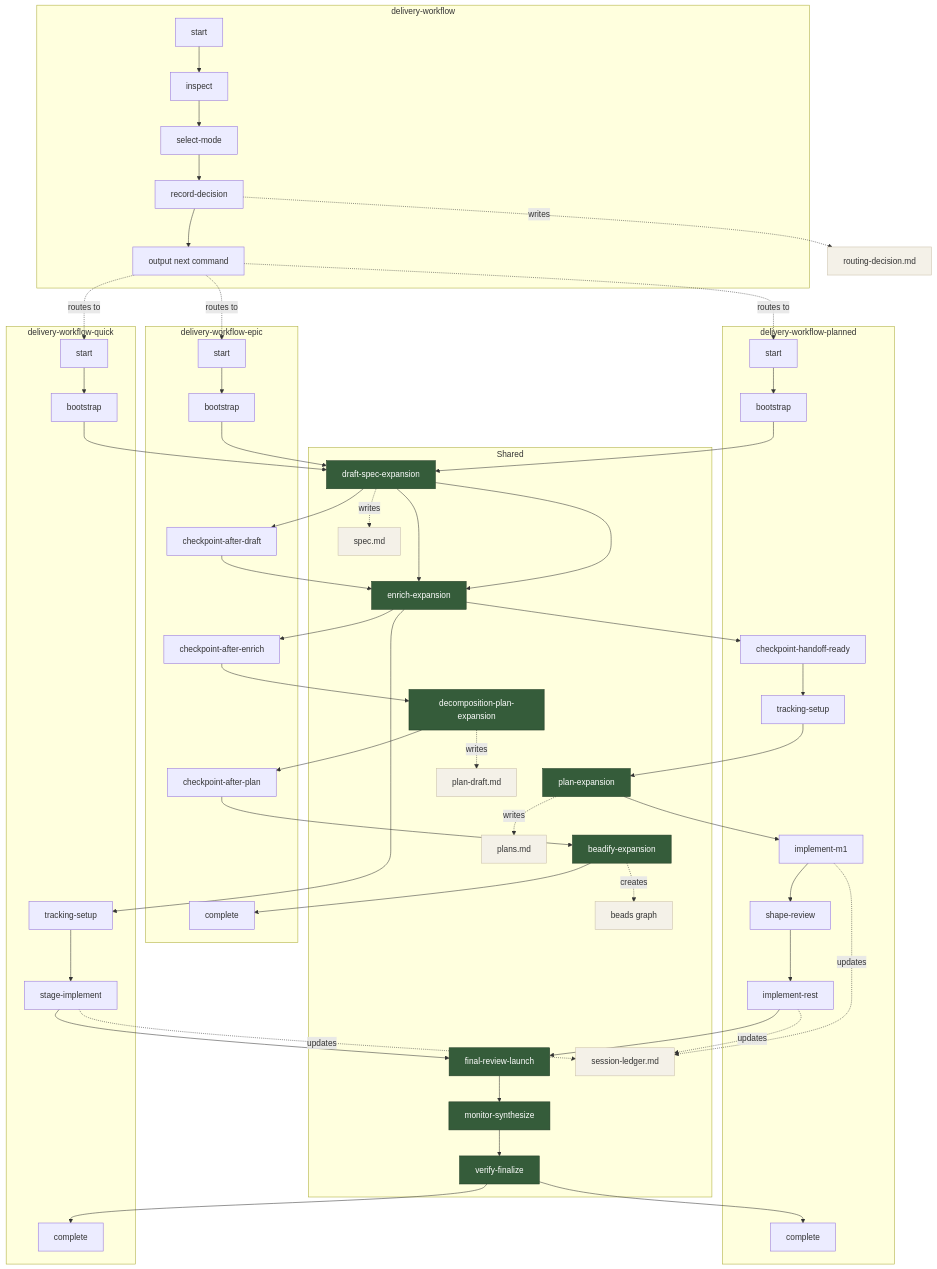
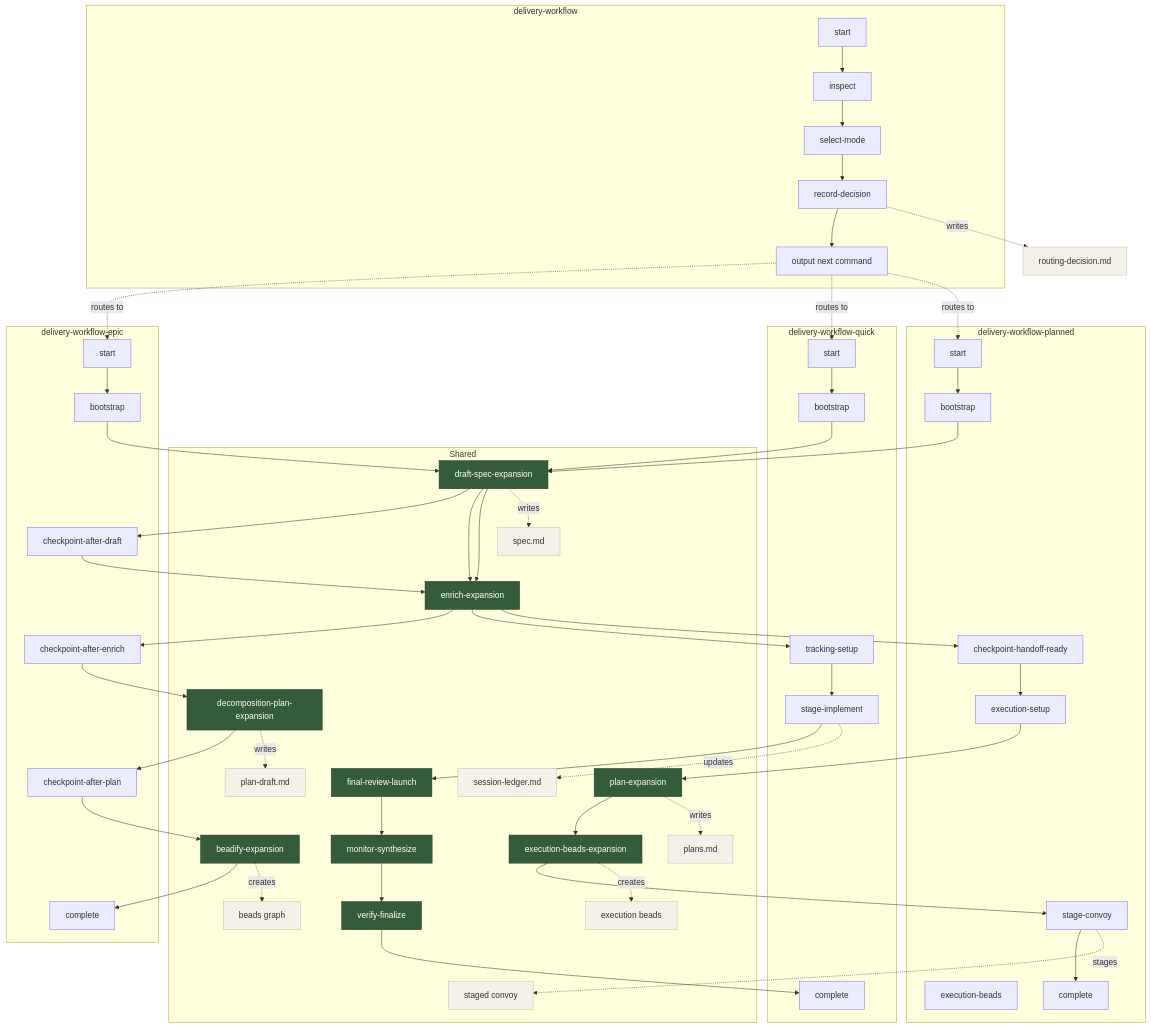
One commit to corymhall/toolkit changed the diagram in gastown/beads/formulas/README.md. Above: the diagram before and after it, drawn with Mermaid. The commit also changed other lines of this file and 12 other files, not shown here.

Commit message:
formulas: shift planned delivery to convoy-backed execution

````diff
--- a/gastown/beads/formulas/README.md
+++ b/gastown/beads/formulas/README.md
@@ -51,6 +52,7 @@
         EN["enrich-expansion"]
         DP["decomposition-plan-expansion"]
         PL["plan-expansion"]
+        EB["execution-beads-expansion"]
         BD["beadify-expansion"]
 
         FR["final-review-launch"]
@@ -60,7 +62,9 @@
         SPEC["spec.md"]
         PLAN_DRAFT["plan-draft.md"]
         PLANS["plans.md"]
+        EXEC_BEADS["execution beads"]
         BEADS["beads graph"]
+        CONVOY["staged convoy"]
         LEDGER["session-ledger.md"]
     end
 
@@ -85,10 +89,9 @@
         DW2_START["start"]
         DW2_BOOT["bootstrap"]
         DW2_HANDOFF["checkpoint-handoff-ready"]
-        DW2_TRACK["tracking-setup"]
-        DW2_M1["implement-m1"]
-        DW2_SHAPE["shape-review"]
-        DW2_REST["implement-rest"]
+        DW2_EXEC["execution-setup"]
+        DW2_BEADS["execution-beads"]
+        DW2_CONVOY["stage-convoy"]
         DW2_DONE["complete"]
     end
 
@@ -130,13 +133,11 @@
     DW2_BOOT --> DS
     DS --> EN
     EN --> DW2_HANDOFF
-    DW2_HANDOFF --> DW2_TRACK
-    DW2_TRACK --> PL
-    PL --> DW2_M1
-    DW2_M1 --> DW2_SHAPE
-    DW2_SHAPE --> DW2_REST
-    DW2_REST --> FR
-    VF --> DW2_DONE
+    DW2_HANDOFF --> DW2_EXEC
+    DW2_EXEC --> PL
+    PL --> EB
+    EB --> DW2_CONVOY
+    DW2_CONVOY --> DW2_DONE
 
     FR --> MS
     MS --> VF
@@ -144,15 +145,15 @@
     DS -. writes .-> SPEC
     DP -. writes .-> PLAN_DRAFT
     PL -. writes .-> PLANS
+    EB -. creates .-> EXEC_BEADS
     BD -. creates .-> BEADS
     DW_IMPL -. updates .-> LEDGER
-    DW2_M1 -. updates .-> LEDGER
-    DW2_REST -. updates .-> LEDGER
+    DW2_CONVOY -. stages .-> CONVOY
     DR_RECORD -. writes .-> ROUTE["routing-decision.md"]
 
     classDef shared fill:#355c3a,color:#fff,stroke:#1f3a24,stroke-width:1px;
     classDef artifact fill:#f4f1e8,color:#333,stroke:#c9bfa8,stroke-width:1px;
 
-    class DS,EN,DP,PL,BD,FR,MS,VF shared;
-    class SPEC,PLAN_DRAFT,PLANS,BEADS,LEDGER,ROUTE artifact;
+    class DS,EN,DP,PL,EB,BD,FR,MS,VF shared;
+    class SPEC,PLAN_DRAFT,PLANS,EXEC_BEADS,BEADS,CONVOY,LEDGER,ROUTE artifact;
 ```
````
